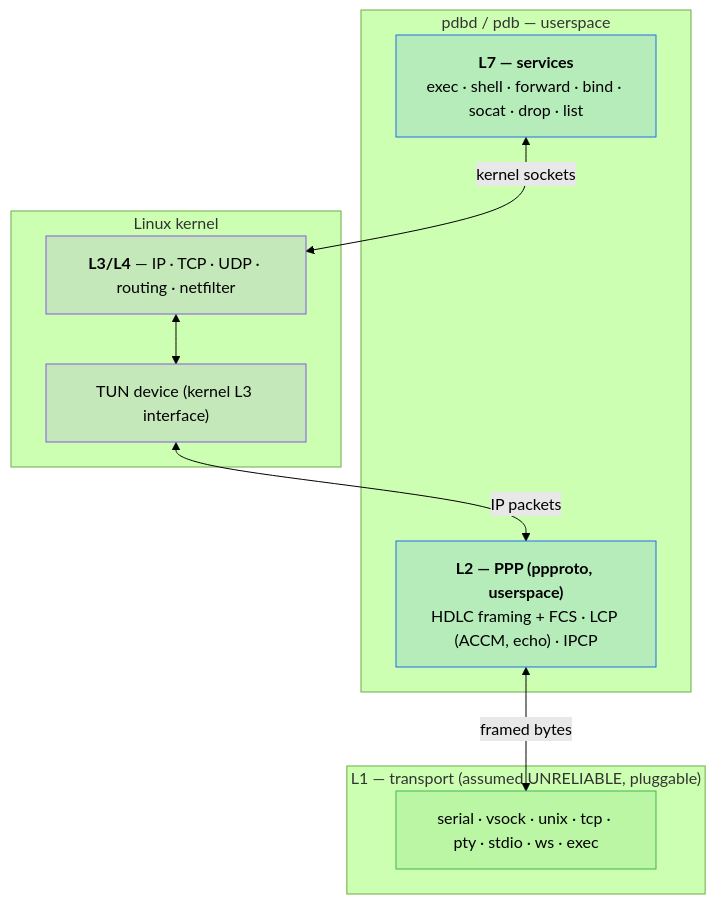
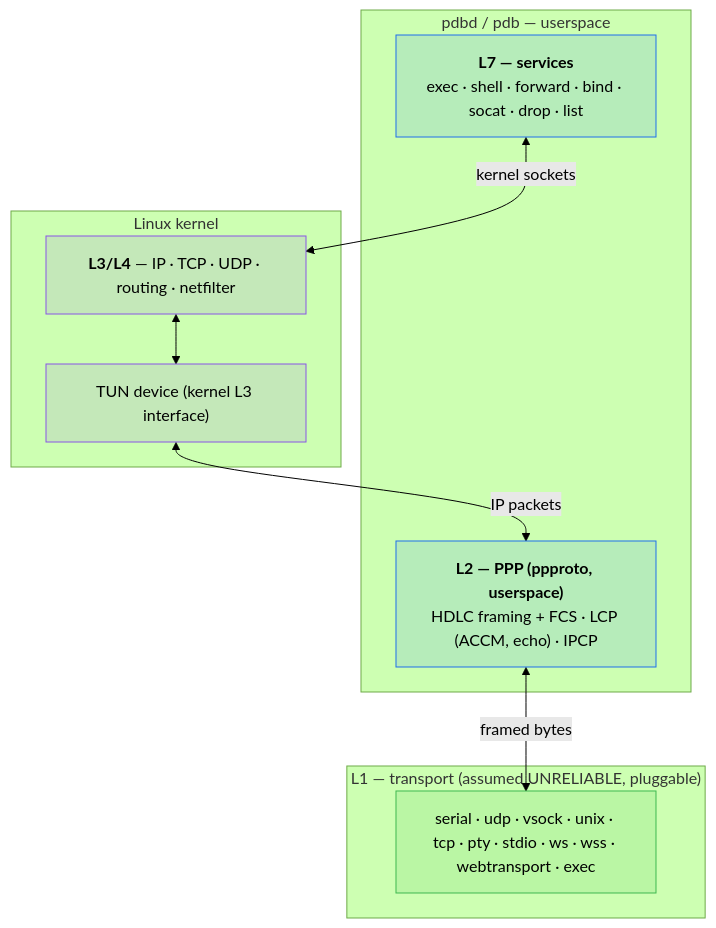
The first of 4 diagrams in README.md (sw2m/pdbd), drawn with Mermaid (forest theme) before and after one commit. The commit also changed other lines of this file, not shown here.

First line of the commit message:
docs: finalize transport inclusion criterion — UDP L1, QUIC external, crypto rewrite

````diff
--- a/README.md
+++ b/README.md
@@ -36,26 +36,26 @@
 ```mermaid
 flowchart TB
     subgraph app["pdbd / pdb — userspace"]
         L7["<b>L7 — services</b><br/>exec · shell · forward · bind · socat · drop · list"]
         L2["<b>L2 — PPP (ppproto, userspace)</b><br/>HDLC framing + FCS · LCP (ACCM, echo) · IPCP"]
     end
     subgraph kern["Linux kernel"]
         L34["<b>L3/L4</b> — IP · TCP · UDP · routing · netfilter"]
         TUN["TUN device (kernel L3 interface)"]
     end
     subgraph wire["L1 — transport (assumed UNRELIABLE, pluggable)"]
-        T["serial · vsock · unix · tcp · pty · stdio · ws · exec"]
+        T["serial · udp · vsock · unix · tcp · pty · stdio · ws · wss · webtransport · exec"]
     end
 
     L7 <-->|kernel sockets| L34
     L34 <--> TUN
     TUN <-->|IP packets| L2
     L2 <-->|framed bytes| T
 
     classDef own fill:#1f6feb22,stroke:#1f6feb;
     classDef k fill:#8957e522,stroke:#8957e5;
     classDef w fill:#3fb95022,stroke:#3fb950;
     class L7,L2 own;
     class L34,TUN k;
     class T w;
 ```
````
